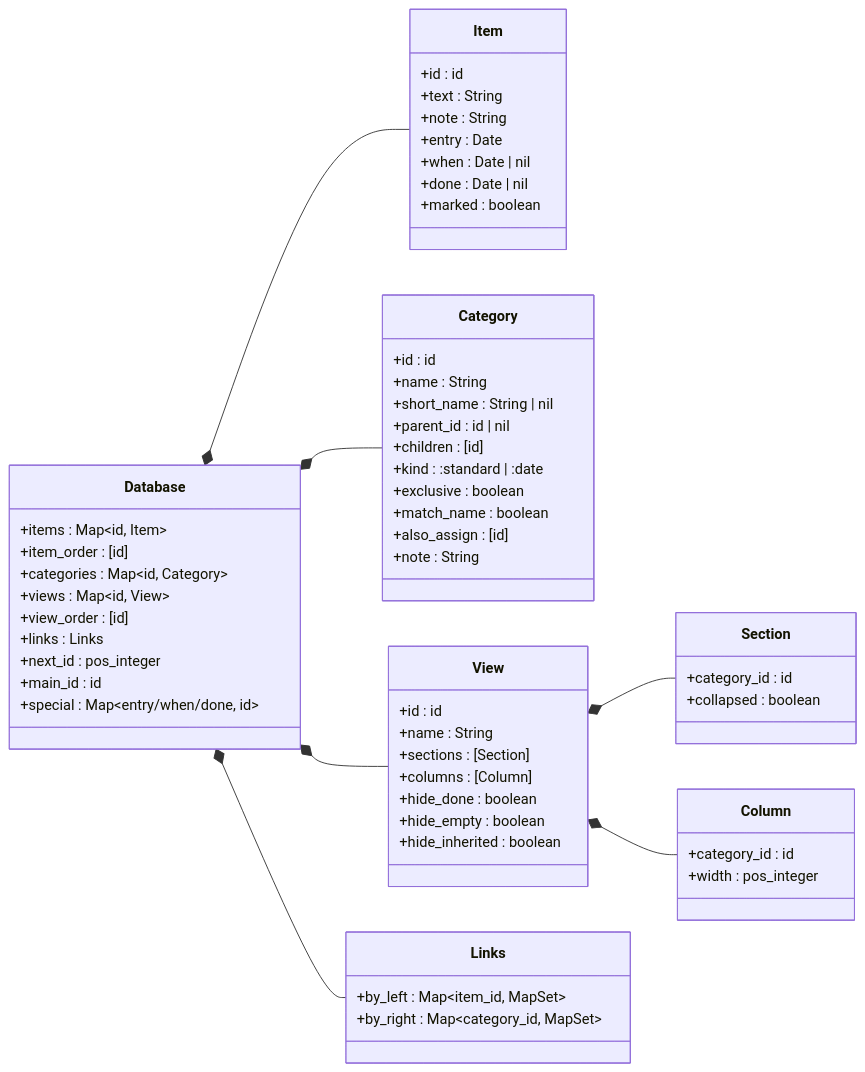
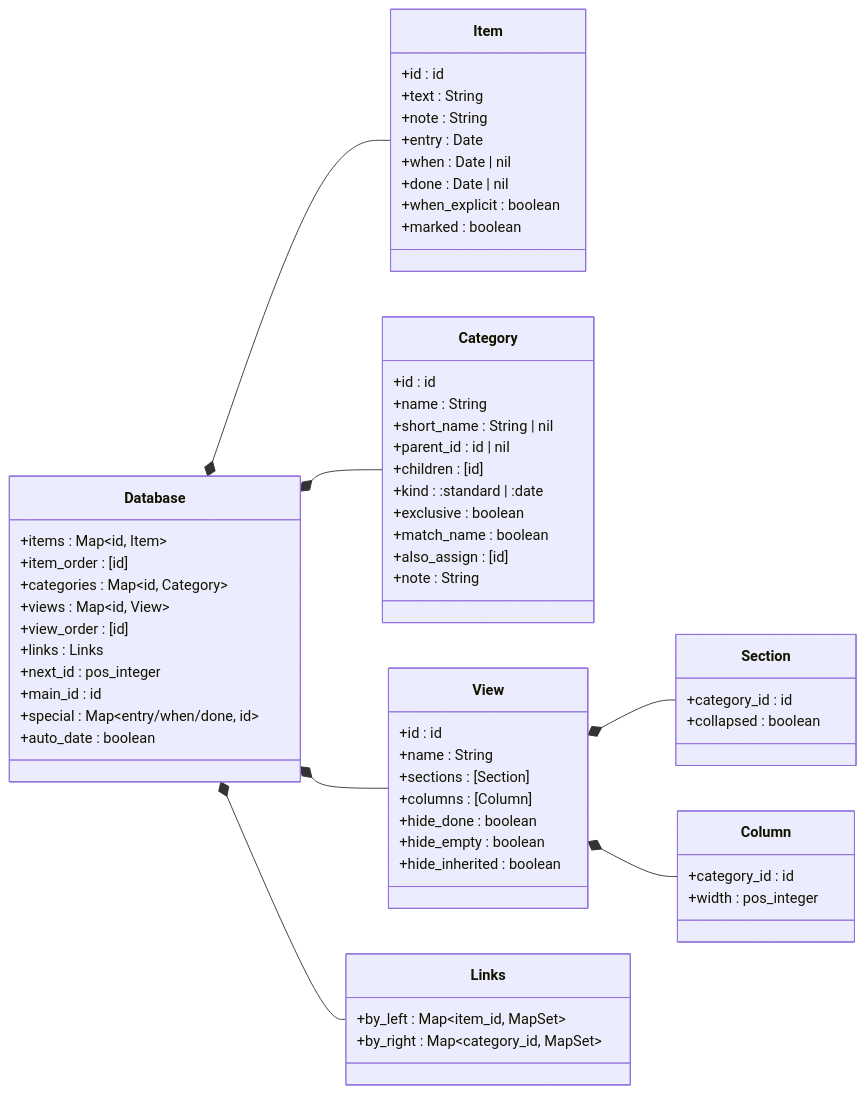
The second of 6 diagrams in docs/DATA_MODEL.md (jamting/agendum), drawn with Mermaid before and after one commit. The commit also changed other lines of this file and 21 other files, not shown here.

````diff
--- a/docs/DATA_MODEL.md
+++ b/docs/DATA_MODEL.md
@@ -81,63 +83,65 @@
 ```mermaid
 classDiagram
     direction LR
     class Database {
         +items : Map~id, Item~
         +item_order : [id]
         +categories : Map~id, Category~
         +views : Map~id, View~
         +view_order : [id]
         +links : Links
         +next_id : pos_integer
         +main_id : id
         +special : Map~entry/when/done, id~
+        +auto_date : boolean
     }
     class Item {
         +id : id
         +text : String
         +note : String
         +entry : Date
         +when : Date | nil
         +done : Date | nil
+        +when_explicit : boolean
         +marked : boolean
     }
     class Category {
         +id : id
         +name : String
         +short_name : String | nil
         +parent_id : id | nil
         +children : [id]
         +kind : :standard | :date
         +exclusive : boolean
         +match_name : boolean
         +also_assign : [id]
         +note : String
     }
     class View {
         +id : id
         +name : String
         +sections : [Section]
         +columns : [Column]
         +hide_done : boolean
         +hide_empty : boolean
         +hide_inherited : boolean
     }
     class Section {
         +category_id : id
         +collapsed : boolean
     }
     class Column {
         +category_id : id
         +width : pos_integer
     }
     class Links {
         +by_left : Map~item_id, MapSet~
         +by_right : Map~category_id, MapSet~
     }
     Database *-- Item
     Database *-- Category
     Database *-- View
     Database *-- Links
     View *-- Section
     View *-- Column
 ```
````
